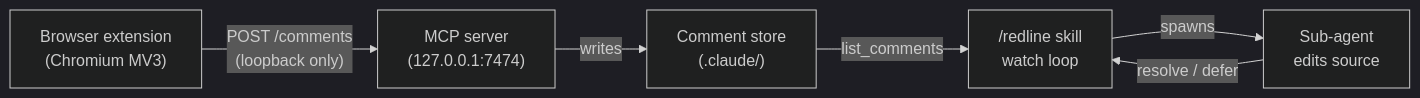
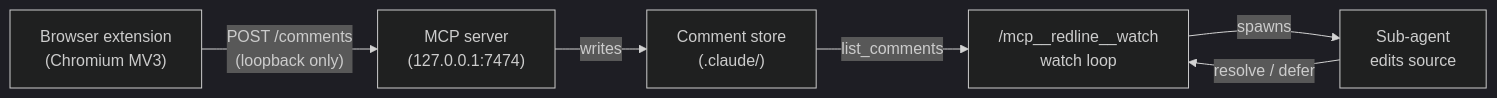
The diagram in README.md (pallandir/claude-comments), drawn with Mermaid (dark theme) before and after one commit. The commit also changed other lines of this file and 20 other files, not shown here.

````diff
--- a/README.md
+++ b/README.md
@@ -66,14 +66,14 @@
 ```mermaid
 flowchart LR
     A["Browser extension\n(Chromium MV3)"]
     B["MCP server\n(127.0.0.1:7474)"]
     C["Comment store\n(.claude/)"]
-    D["/redline skill\nwatch loop"]
+    D["/mcp__redline__watch\nwatch loop"]
     E["Sub-agent\nedits source"]
 
     A -- "POST /comments\n(loopback only)" --> B
     B -- "writes" --> C
     C -- "list_comments" --> D
     D -- "spawns" --> E
     E -- "resolve / defer" --> D
 ```
````
